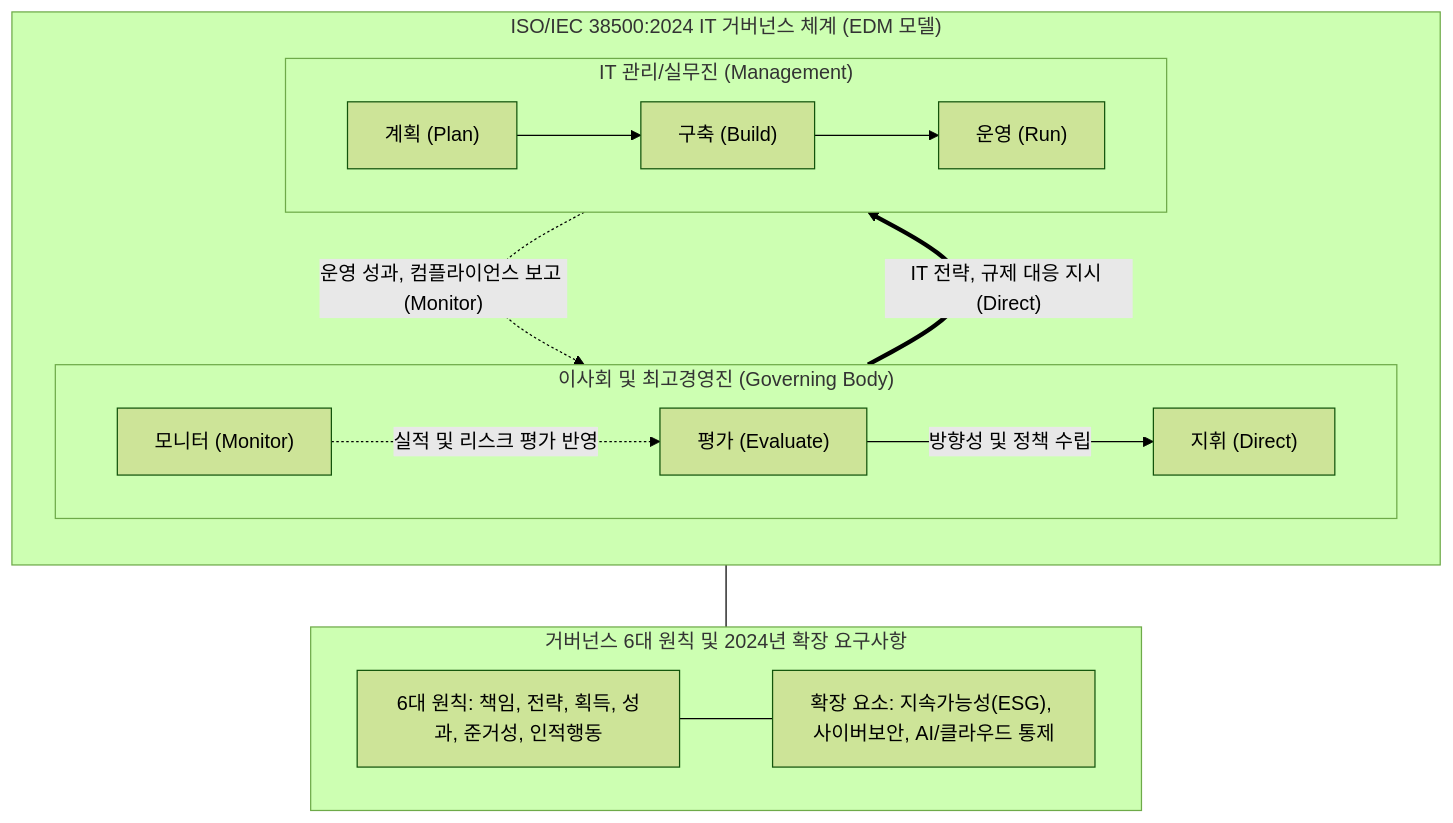
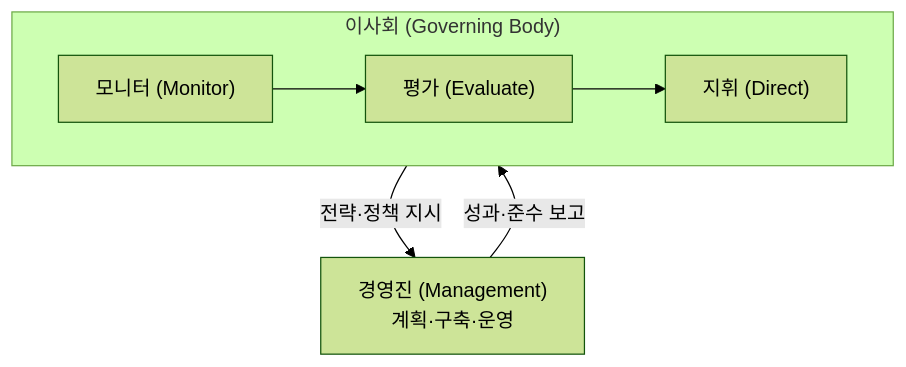
Before and after one commit to supremethumb/supremethumb.github.io: the diagram in content/01_IT Tech/ISO 38500 2024.md, drawn with Mermaid (forest theme). The commit also changed other lines of this file and 1087 other files, not shown here.

````diff
--- a/content/01_IT Tech/ISO 38500 2024.md
+++ b/content/01_IT Tech/ISO 38500 2024.md
@@ -23,34 +34,10 @@
 ```mermaid
 flowchart TB
-    subgraph Governance_Model["ISO/IEC 38500:2024 IT 거버넌스 체계 (EDM 모델)"]
-        direction TB
-        
-        subgraph Governing_Body["이사회 및 최고경영진 (Governing Body)"]
-            direction LR
-            E["평가 (Evaluate)"]
-            D["지휘 (Direct)"]
-            M["모니터 (Monitor)"]
-            
-            E -->|"방향성 및 정책 수립"| D
-            M -.->|"실적 및 리스크 평가 반영"| E
-        end
-        
-        subgraph Management["IT 관리/실무진 (Management)"]
-            direction LR
-            Plan["계획 (Plan)"] --> Build["구축 (Build)"] --> Run["운영 (Run)"]
-        end
-        
-        Governing_Body ==>|"IT 전략, 규제 대응 지시 (Direct)"| Management
-        Management -.->|"운영 성과, 컴플라이언스 보고 (Monitor)"| Governing_Body
+    subgraph G["이사회 (Governing Body)"]
+        direction LR
+        E["평가 (Evaluate)"] --> D["지휘 (Direct)"]
+        M["모니터 (Monitor)"] --> E
     end
-    
-    subgraph Principles["거버넌스 6대 원칙 및 2024년 확장 요구사항"]
-        direction LR
-        P1["6대 원칙: 책임, 전략, 획득, 성과, 준거성, 인적행동"]
-        P2["확장 요소: 지속가능성(ESG), 사이버보안, AI/클라우드 통제"]
-        P1 --- P2
-    end
-    
-    Governance_Model --- Principles
-
+    G -->|"전략·정책 지시"| MG["경영진 (Management)<br/>계획·구축·운영"]
+    MG -->|"성과·준수 보고"| M
 ```
````
